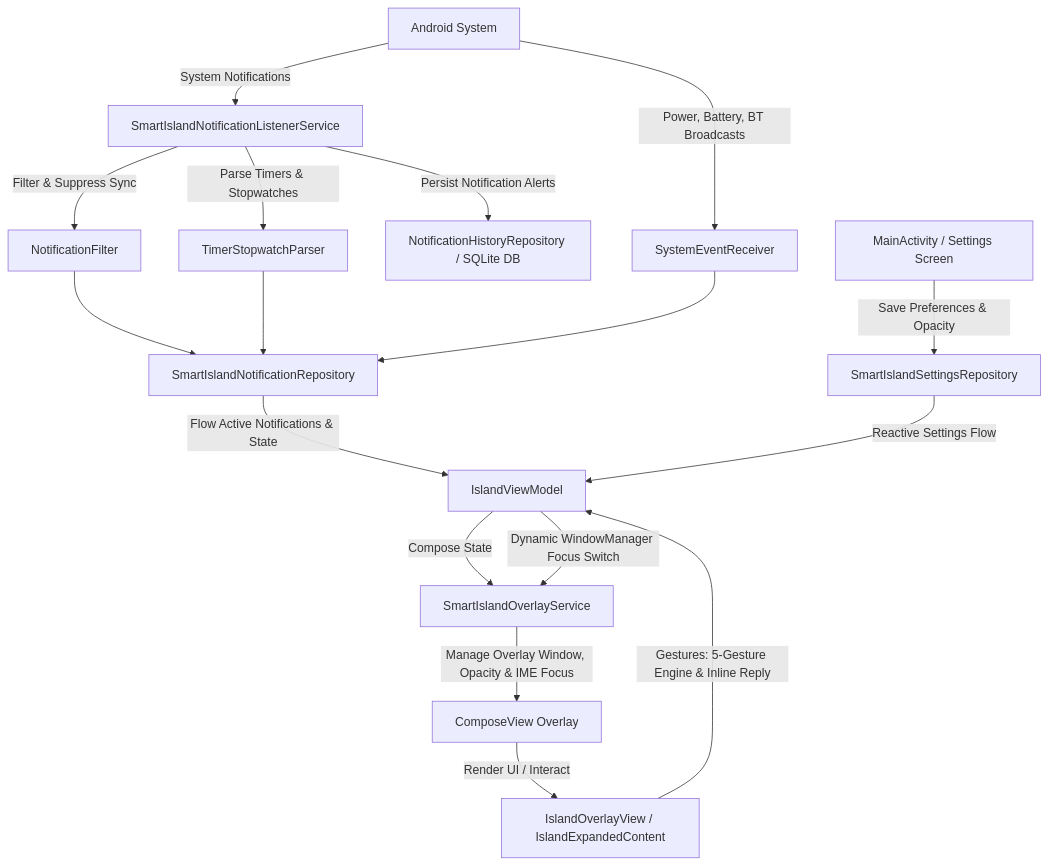
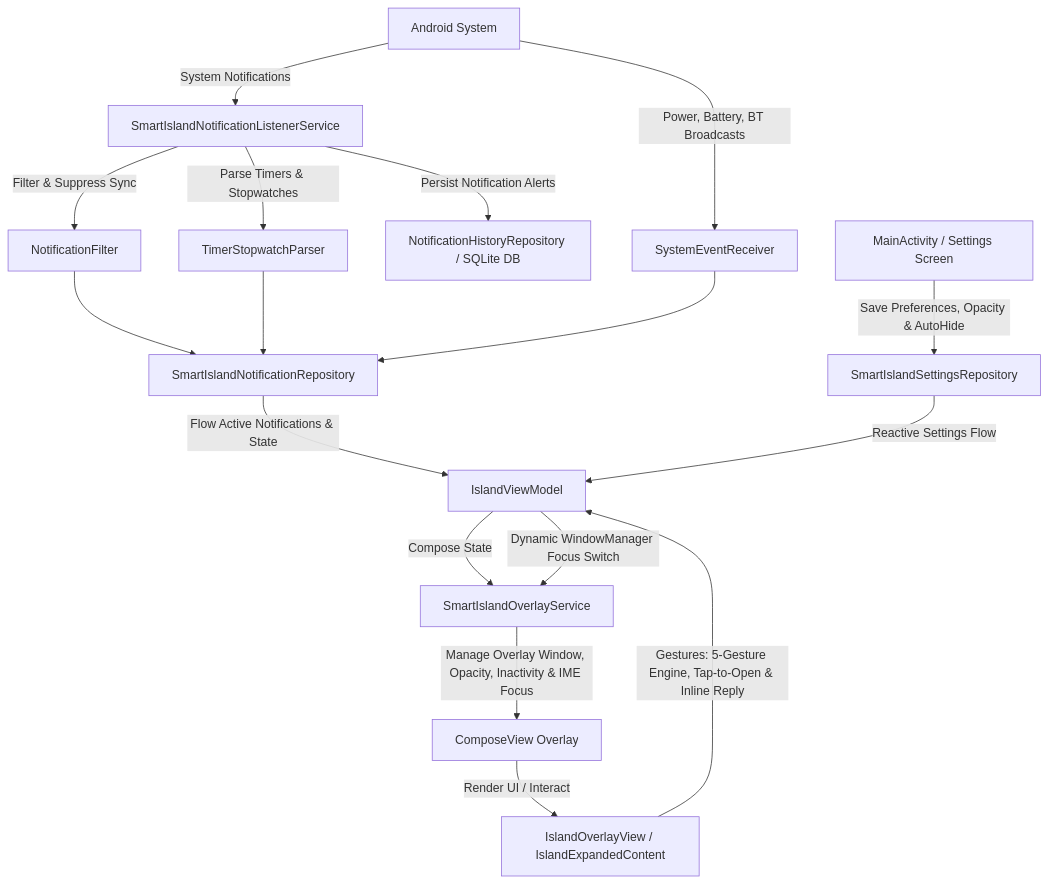
The diagram in analysis.md (agupta07505/SmartIsland), drawn with Mermaid before and after one commit. The commit also changed other lines of this file and 6 other files, not shown here.

First line of the commit message:
Release v6.0.0: Ultra‑Fluid physics & Auto‑Hide

````diff
--- a/analysis.md
+++ b/analysis.md
@@ -11,19 +11,19 @@
 ```mermaid
 graph TD
     A[Android System] -->|System Notifications| B[SmartIslandNotificationListenerService]
     A -->|Power, Battery, BT Broadcasts| SER[SystemEventReceiver]
     B -->|Filter & Suppress Sync| NF[NotificationFilter]
     B -->|Parse Timers & Stopwatches| TSP[TimerStopwatchParser]
     B -->|Persist Notification Alerts| NHD[NotificationHistoryRepository / SQLite DB]
     NF --> NR[SmartIslandNotificationRepository]
     TSP --> NR
     SER --> NR
-    F[MainActivity / Settings Screen] -->|Save Preferences & Opacity| G[SmartIslandSettingsRepository]
+    F[MainActivity / Settings Screen] -->|Save Preferences, Opacity & AutoHide| G[SmartIslandSettingsRepository]
     NR -->|Flow Active Notifications & State| VM[IslandViewModel]
     G -->|Reactive Settings Flow| VM
     VM -->|Compose State| C[SmartIslandOverlayService]
-    C -->|Manage Overlay Window, Opacity & IME Focus| D[ComposeView Overlay]
+    C -->|Manage Overlay Window, Opacity, Inactivity & IME Focus| D[ComposeView Overlay]
     D -->|Render UI / Interact| E[IslandOverlayView / IslandExpandedContent]
-    E -->|Gestures: 5-Gesture Engine & Inline Reply| VM
+    E -->|Gestures: 5-Gesture Engine, Tap-to-Open & Inline Reply| VM
     VM -->|Dynamic WindowManager Focus Switch| C
 ```
````
